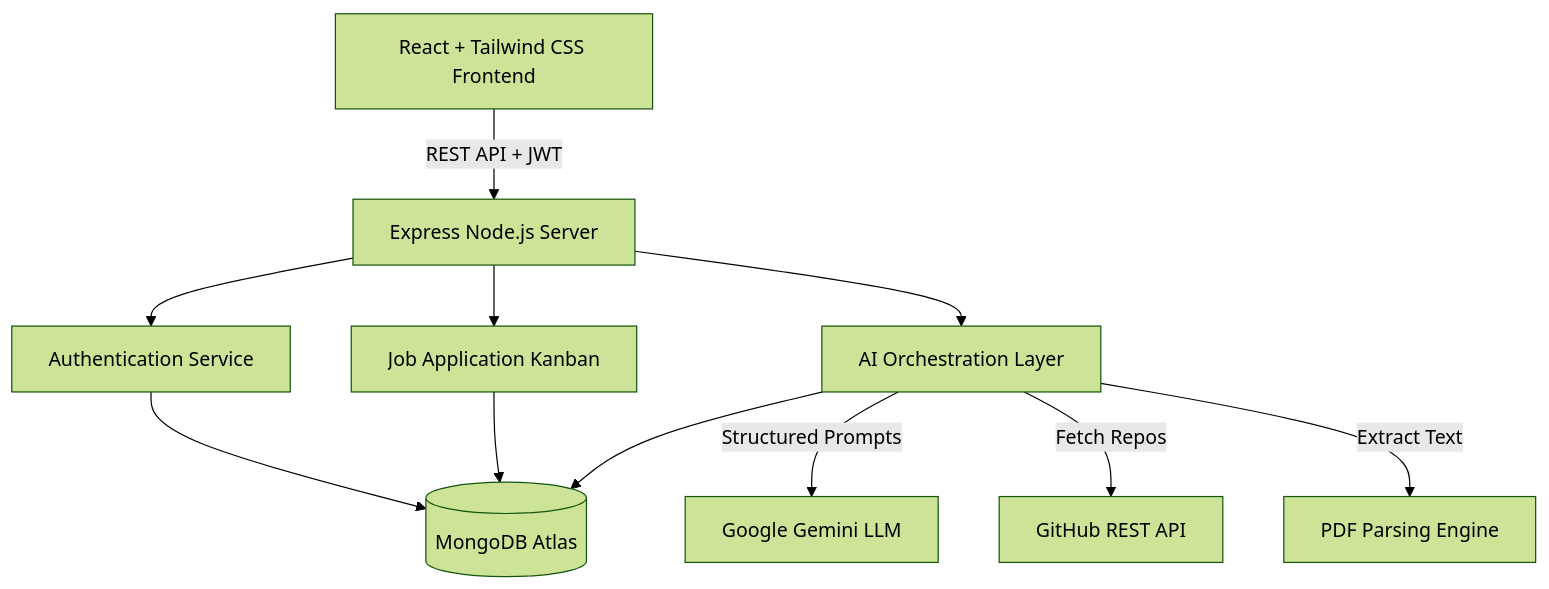
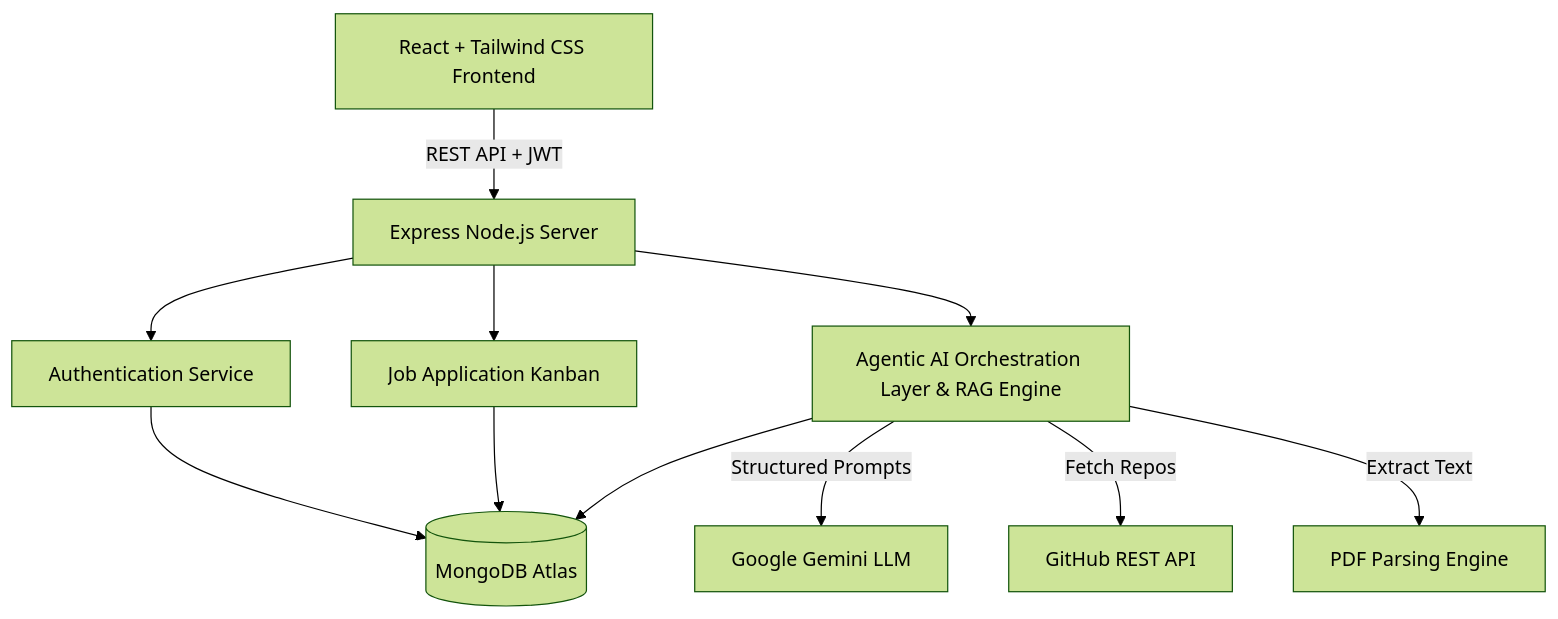
One commit to upamkuma/smart-placement-tracker changed the diagram in README.md. Above: the diagram before and after it, drawn with Mermaid (forest theme). The commit also changed other lines of this file and 3 other files, not shown here.

````diff
--- a/README.md
+++ b/README.md
@@ -27,15 +27,15 @@
 ```mermaid
 graph TD
     Client[React + Tailwind CSS Frontend] -->|REST API + JWT| Gateway[Express Node.js Server]
     Gateway --> Auth[Authentication Service]
     Gateway --> JobManager[Job Application Kanban]
-    Gateway --> AIEngine[AI Orchestration Layer]
+    Gateway --> AIEngine[Agentic AI Orchestration Layer & RAG Engine]
     
     AIEngine -->|Structured Prompts| Gemini[Google Gemini LLM]
     AIEngine -->|Fetch Repos| GitHubAPI[GitHub REST API]
     AIEngine -->|Extract Text| PDFParser[PDF Parsing Engine]
     
     Auth --> DB[(MongoDB Atlas)]
     JobManager --> DB
     AIEngine --> DB
 ```
````
